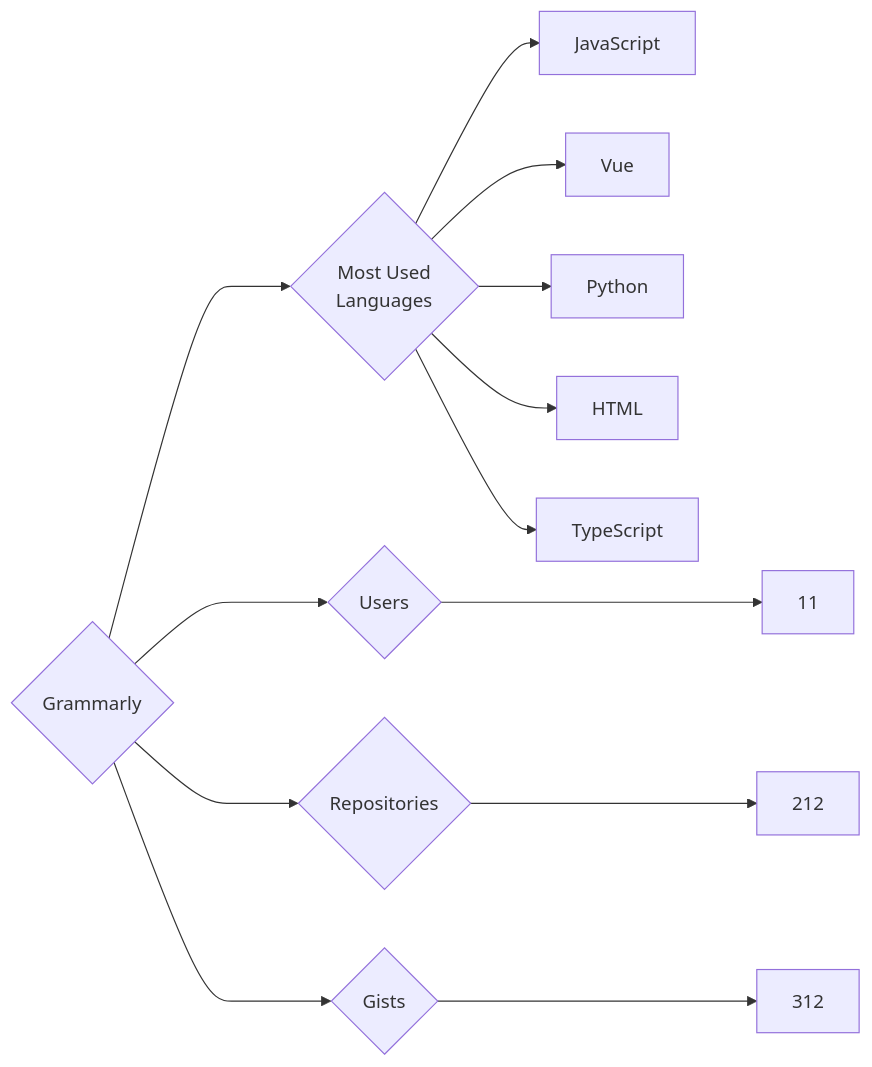
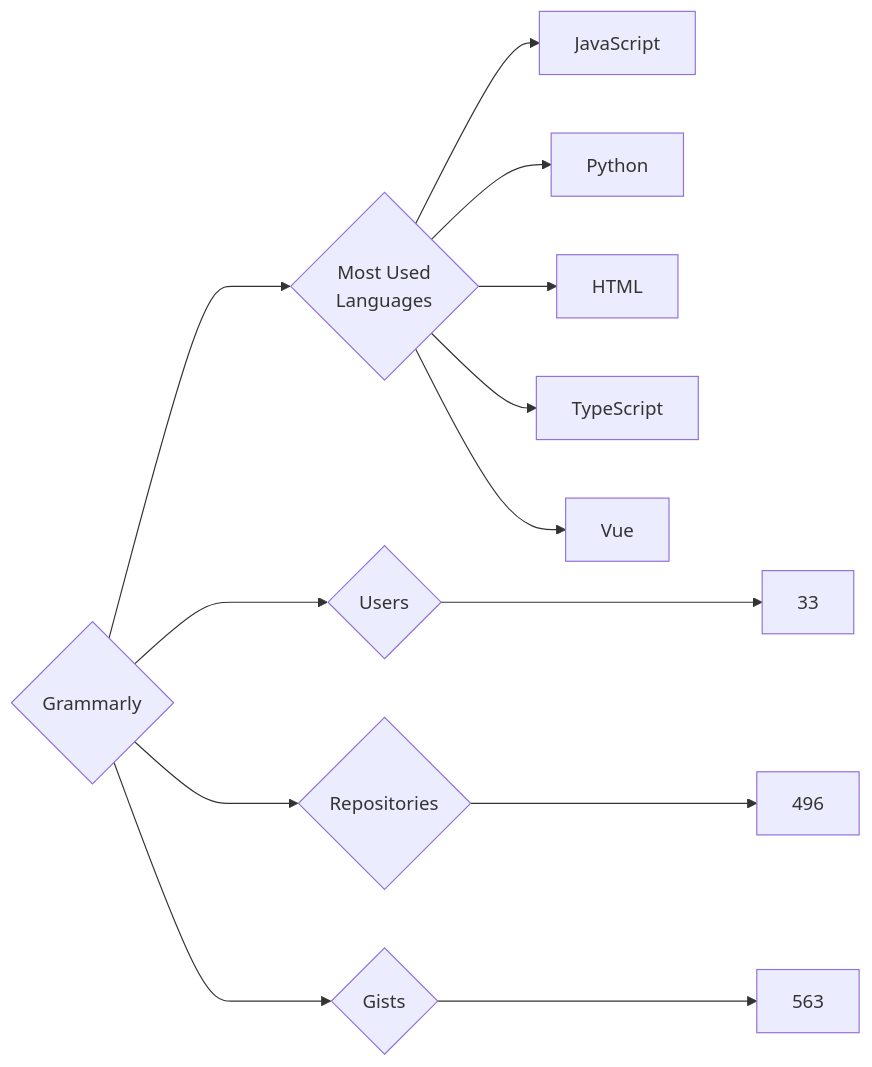
Before and after one commit to trickest/insiders: the diagram in targets/Grammarly/README.md, drawn with Mermaid. The commit also changed 657 other files, not shown here.

````diff
--- a/targets/Grammarly/README.md
+++ b/targets/Grammarly/README.md
@@ -3,13 +3,13 @@
 ```mermaid
 graph LR
 COMPANY_NAME{Grammarly}
-COMPANY_NAME ---> U{Users} ---> UN[11]
-COMPANY_NAME ---> R{Repositories} ---> RN[212]
-COMPANY_NAME ---> G{Gists} ---> GN[312]
+COMPANY_NAME ---> U{Users} ---> UN[33]
+COMPANY_NAME ---> R{Repositories} ---> RN[496]
+COMPANY_NAME ---> G{Gists} ---> GN[563]
 COMPANY_NAME ---> ML{Most Used<br>Languages}
 ML --> JavaScript[JavaScript]
-ML --> Vue[Vue]
 ML --> Python[Python]
 ML --> HTML[HTML]
 ML --> TypeScript[TypeScript]
+ML --> Vue[Vue]
 ```
````
